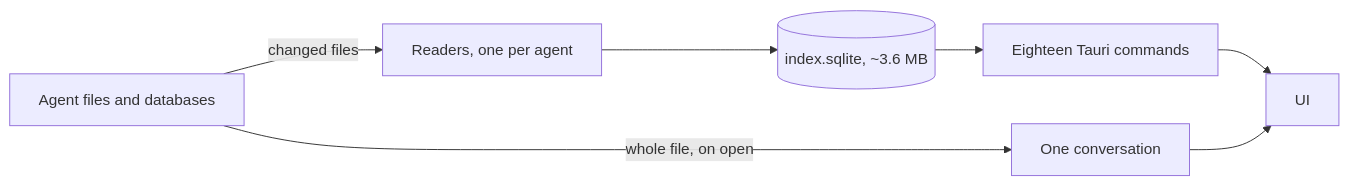
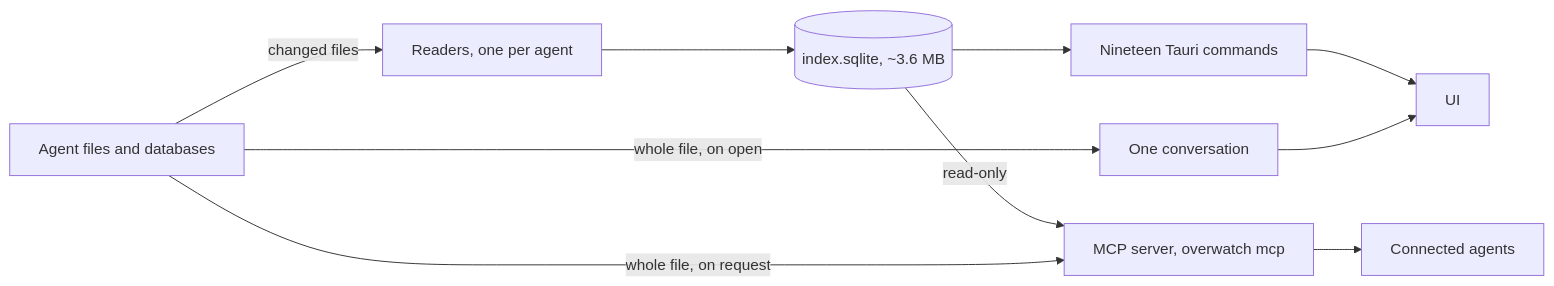
The diagram in docs/README.md (joeychilson/overwatch), drawn with Mermaid before and after one commit. The commit also changed other lines of this file and 16 other files, not shown here.

````diff
--- a/docs/README.md
+++ b/docs/README.md
@@ -25,9 +25,12 @@
 ```mermaid
 flowchart LR
     A[Agent files and databases] -->|changed files| B[Readers, one per agent]
     B --> C[(index.sqlite, ~3.6 MB)]
-    C --> D[Eighteen Tauri commands]
+    C --> D[Nineteen Tauri commands]
     D --> E[UI]
     A -->|whole file, on open| F[One conversation]
     F --> E
+    C -->|read-only| G[MCP server, overwatch mcp]
+    A -->|whole file, on request| G
+    G --> H[Connected agents]
 ```
````
